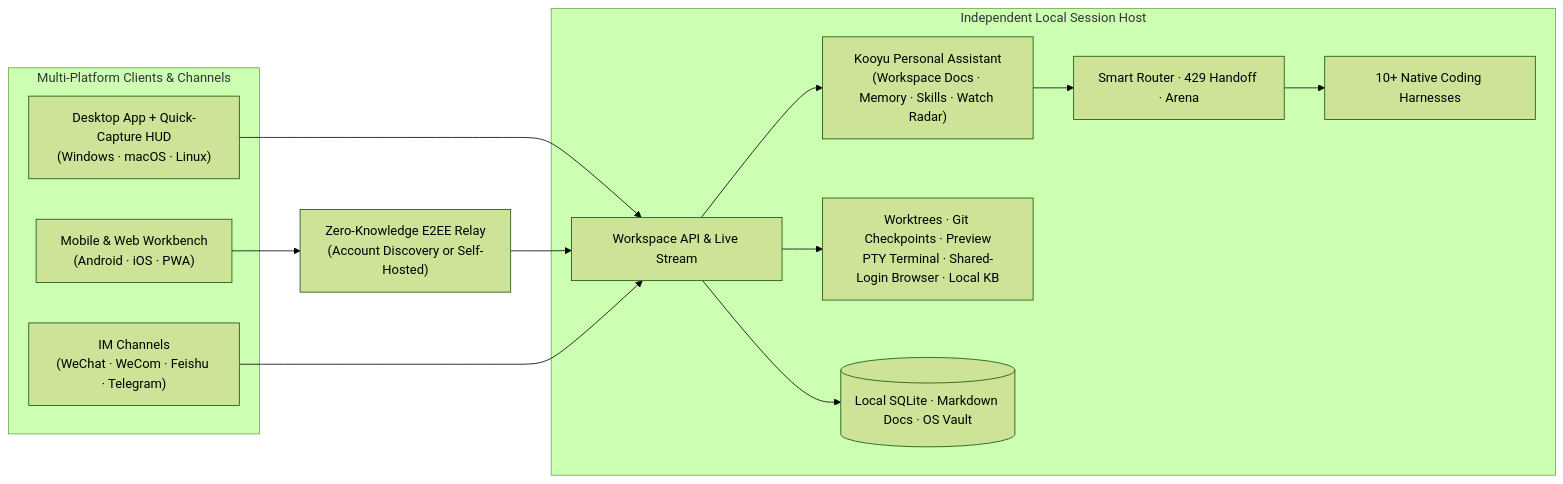
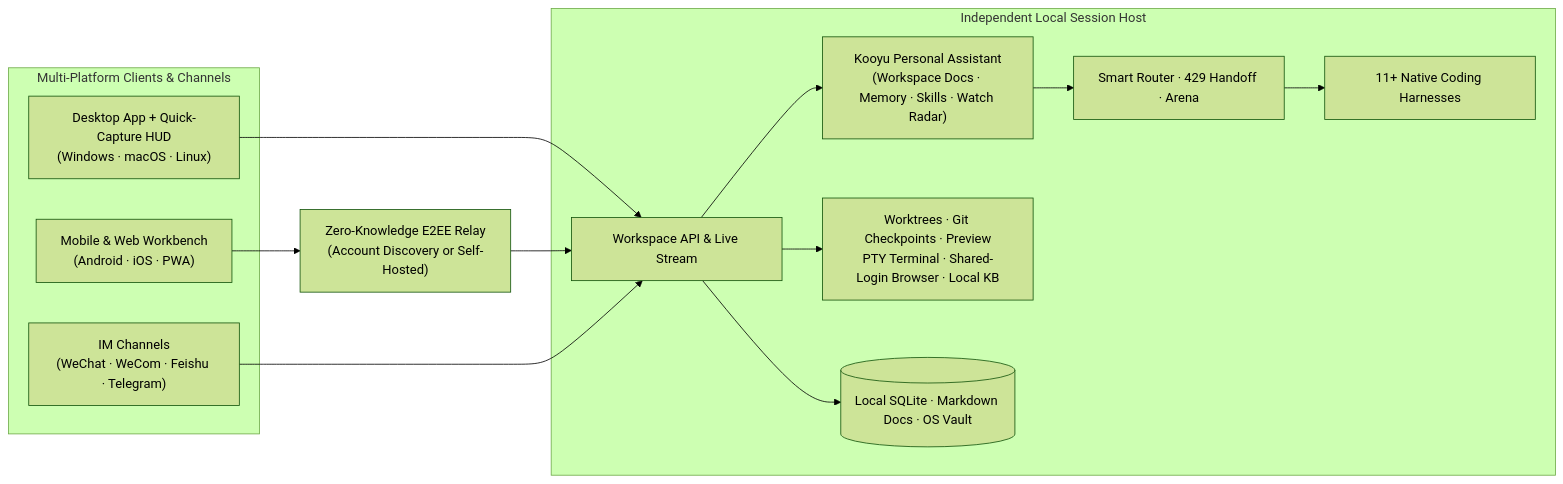
One commit to sh2001sh/Kooyu changed the diagram in README.md. Above: the diagram before and after it, drawn with Mermaid (forest theme). The commit also changed other lines of this file and 14 other files, not shown here.

````diff
--- a/README.md
+++ b/README.md
@@ -247,27 +248,27 @@
 ```mermaid
 flowchart LR
   subgraph Clients["Multi-Platform Clients & Channels"]
     Desktop["Desktop App + Quick-Capture HUD\n(Windows · macOS · Linux)"]
     Mobile["Mobile & Web Workbench\n(Android · iOS · PWA)"]
     IM["IM Channels\n(WeChat · WeCom · Feishu · Telegram)"]
   end
 
   Bridge["Zero-Knowledge E2EE Relay\n(Account Discovery or Self-Hosted)"]
 
   subgraph Host["Independent Local Session Host"]
     API["Workspace API & Live Stream"]
     Supervisor["Kooyu Personal Assistant\n(Workspace Docs · Memory · Skills · Watch Radar)"]
     Router["Smart Router · 429 Handoff · Arena"]
-    Adapters["10+ Native Coding Harnesses"]
+    Adapters["11+ Native Coding Harnesses"]
     Tools["Worktrees · Git Checkpoints · Preview\nPTY Terminal · Shared-Login Browser · Local KB"]
     Storage[("Local SQLite · Markdown Docs · OS Vault")]
   end
 
   Desktop --> API
   Mobile --> Bridge --> API
   IM --> API
   API --> Supervisor
   Supervisor --> Router --> Adapters
   API --> Tools
   API --> Storage
 ```
````
